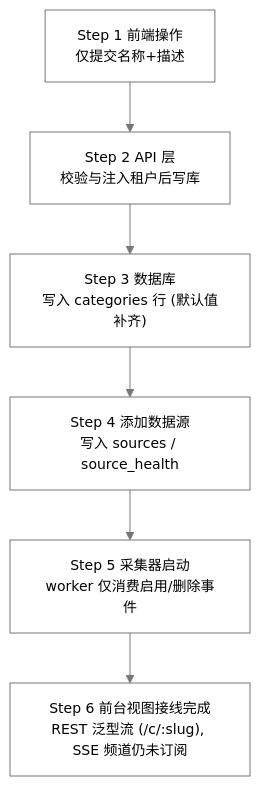
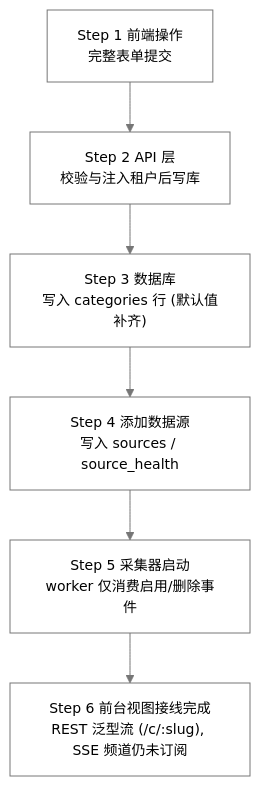
The third of 6 diagrams in docs/dev-guide/design/content-categories.md (onceme/instantboard), drawn with Mermaid before and after one commit. The commit also changed other lines of this file and 4 other files, not shown here.

````diff
--- a/docs/dev-guide/design/content-categories.md
+++ b/docs/dev-guide/design/content-categories.md
@@ -231,11 +231,11 @@
 ```mermaid
 %%{init: {"theme": "base", "themeVariables": {"primaryColor": "#ffffff", "primaryTextColor": "#000000", "primaryBorderColor": "#767676", "lineColor": "#767676", "arrowheadColor": "#767676", "secondaryColor": "#ffffff", "secondaryTextColor": "#000000", "secondaryBorderColor": "#767676", "tertiaryColor": "#ffffff", "tertiaryTextColor": "#000000", "tertiaryBorderColor": "#767676", "edgeLabelBackground": "#ffffff", "textColor": "#000000", "nodeTextColor": "#000000", "mainBkg": "#ffffff", "nodeBorder": "#767676", "clusterBkg": "#ffffff", "clusterBdr": "#767676", "clusterTextColor": "#000000", "titleColor": "#000000", "fontSize": "14px"}, "flowchart": {"nodeSpacing": 40, "rankSpacing": 50, "wrappingWidth": 180, "useMaxWidth": true}}}%%
 graph TD
-    step1["Step 1 前端操作<br/>仅提交名称+描述"]
+    step1["Step 1 前端操作<br/>完整表单提交"]
     step2["Step 2 API 层<br/>校验与注入租户后写库"]
     step3["Step 3 数据库<br/>写入 categories 行 (默认值补齐)"]
     step4["Step 4 添加数据源<br/>写入 sources / source_health"]
     step5["Step 5 采集器启动<br/>worker 仅消费启用/删除事件"]
     step6["Step 6 前台视图接线完成<br/>REST 泛型流 (/c/:slug), SSE 频道仍未订阅"]
     step1 --> step2 --> step3 --> step4 --> step5 --> step6
 ```
````
